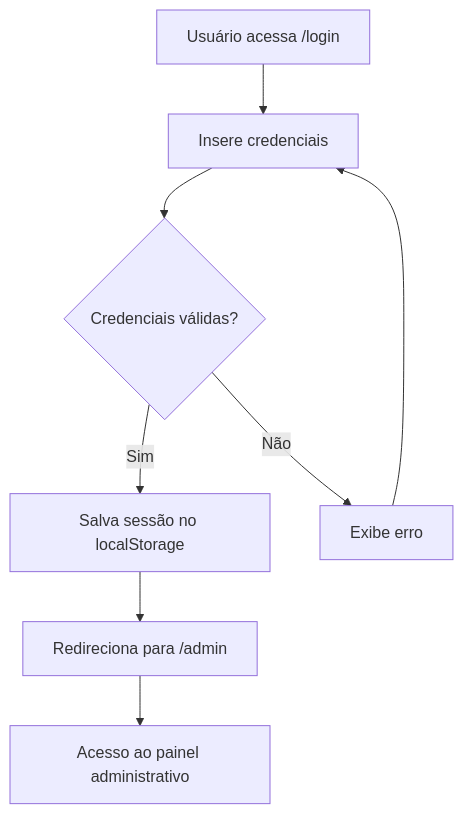
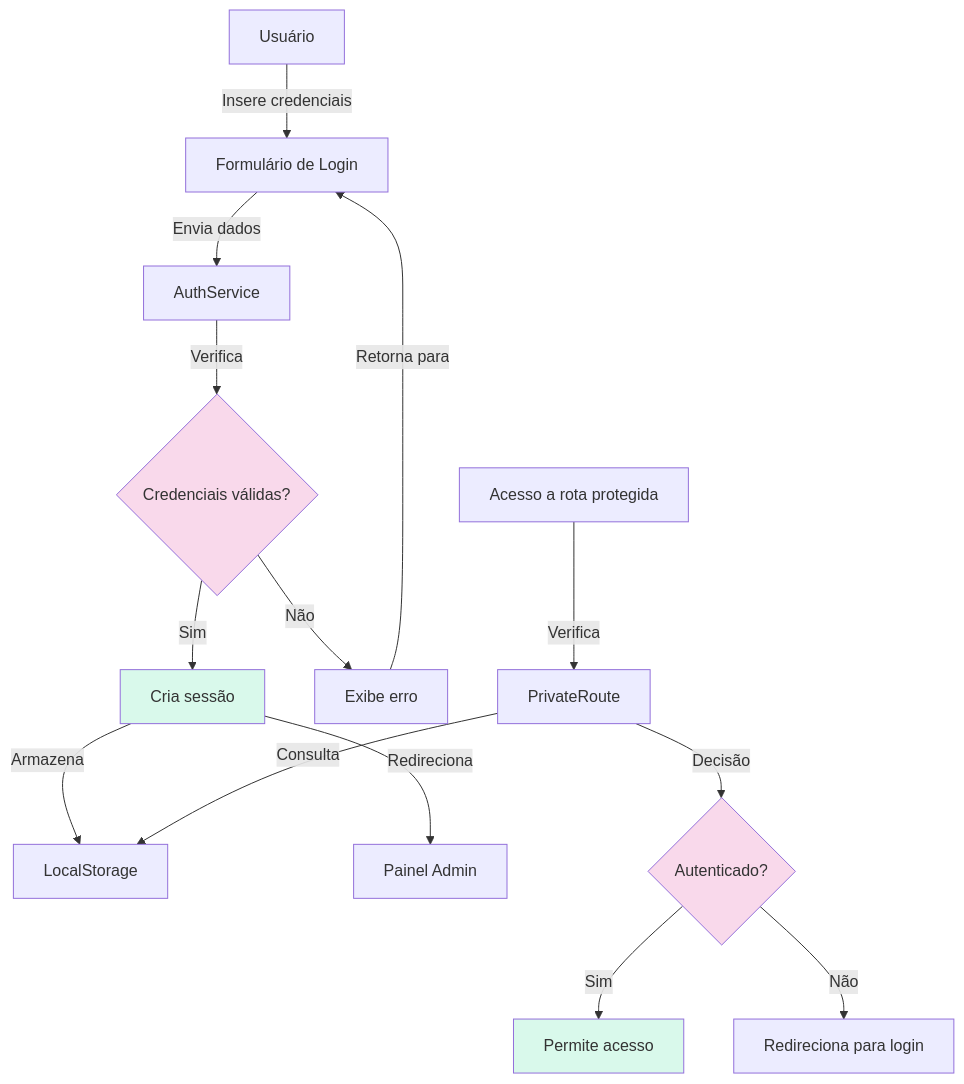
One commit to cold-tech/documentacao changed the first of 2 diagrams in SISTEMA_LOGIN.md. Above: the diagram before and after it, drawn with Mermaid. The commit also changed other lines of this file, not shown here.

````diff
--- a/SISTEMA_LOGIN.md
+++ b/SISTEMA_LOGIN.md
@@ -111,10 +11,22 @@
 ```mermaid
-graph TD
-    A[Usuário acessa /login] --> B[Insere credenciais]
-    B --> C{Credenciais válidas?}
-    C -->|Sim| D[Salva sessão no localStorage]
-    C -->|Não| E[Exibe erro]
-    D --> F[Redireciona para /admin]
-    E --> B
-    F --> G[Acesso ao painel administrativo]
+flowchart TD
+    A[Usuário] -->|Insere credenciais| B[Formulário de Login]
+    B -->|Envia dados| C[AuthService]
+    C -->|Verifica| D{Credenciais válidas?}
+    D -->|Sim| E[Cria sessão]
+    D -->|Não| F[Exibe erro]
+    E -->|Armazena| G[LocalStorage]
+    E -->|Redireciona| H[Painel Admin]
+    F -->|Retorna para| B
+    
+    I[Acesso a rota protegida] -->|Verifica| J[PrivateRoute]
+    J -->|Consulta| G
+    J -->|Decisão| K{Autenticado?}
+    K -->|Sim| L[Permite acesso]
+    K -->|Não| M[Redireciona para login]
+    
+    style D fill:#f9d9eb
+    style K fill:#f9d9eb
+    style E fill:#d9f9eb
+    style L fill:#d9f9eb
 ```
````
